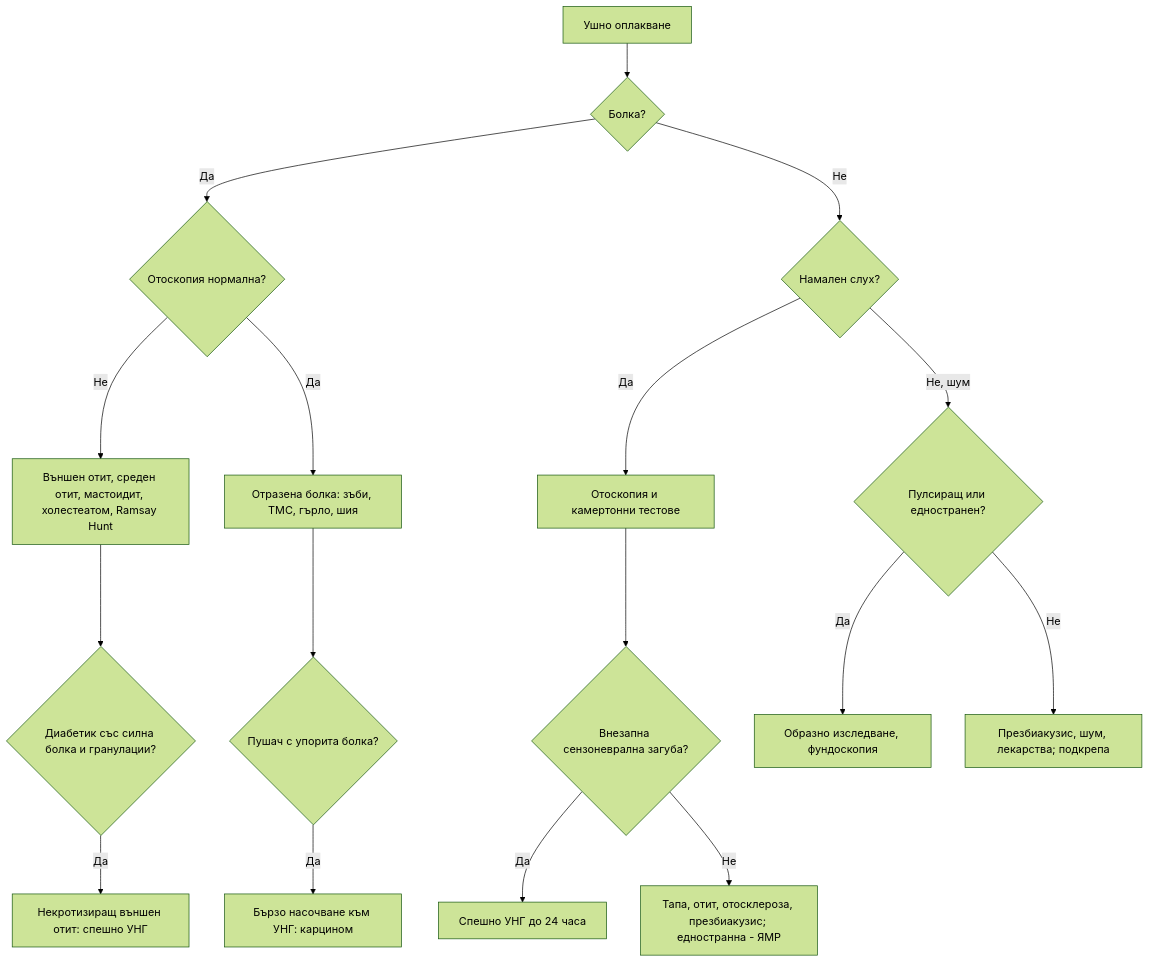
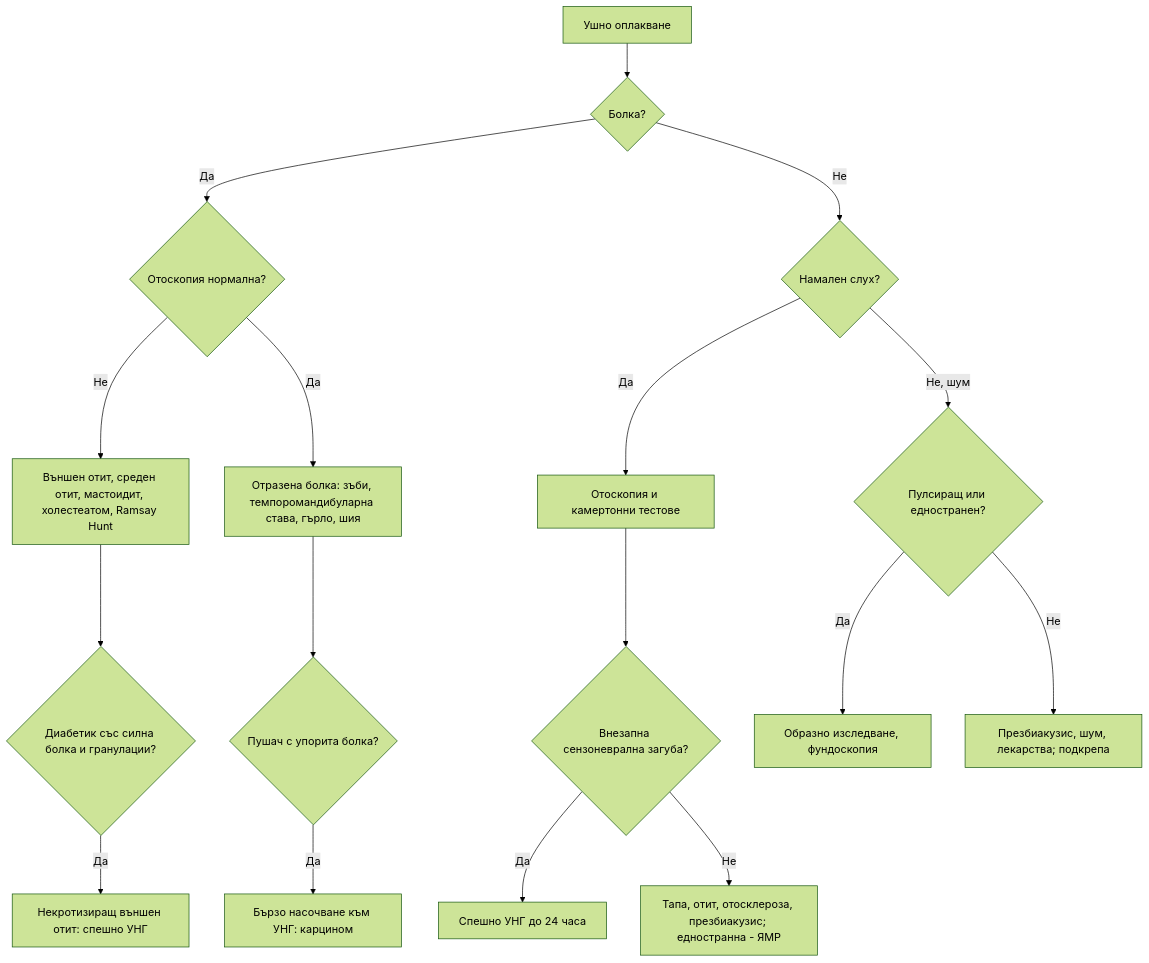
The diagram in glavi/61-uho.md (yancho26/yancho), drawn with Mermaid (forest theme) before and after one commit. The commit also changed other lines of this file and 46 other files, not shown here.

````diff
--- a/glavi/61-uho.md
+++ b/glavi/61-uho.md
@@ -127,19 +127,19 @@
 ```mermaid
 flowchart TD
     A["Ушно оплакване"] --> B{"Болка?"}
     B -->|Да| C{"Отоскопия нормална?"}
     C -->|Не| D["Външен отит, среден отит, мастоидит, холестеатом, Ramsay Hunt"]
     D --> E{"Диабетик със силна болка и гранулации?"}
     E -->|Да| F["Некротизиращ външен отит: спешно УНГ"]
-    C -->|Да| G["Отразена болка: зъби, ТМС, гърло, шия"]
+    C -->|Да| G["Отразена болка: зъби, темпоромандибуларна става, гърло, шия"]
     G --> H{"Пушач с упорита болка?"}
     H -->|Да| I["Бързо насочване към УНГ: карцином"]
     B -->|Не| J{"Намален слух?"}
     J -->|Да| K["Отоскопия и камертонни тестове"]
     K --> L{"Внезапна сензоневрална загуба?"}
     L -->|Да| M["Спешно УНГ до 24 часа"]
     L -->|Не| N["Тапа, отит, отосклероза, презбиакузис; едностранна - ЯМР"]
     J -->|Не, шум| O{"Пулсиращ или едностранен?"}
     O -->|Да| P["Образно изследване, фундоскопия"]
     O -->|Не| Q["Презбиакузис, шум, лекарства; подкрепа"]
 ```
````
